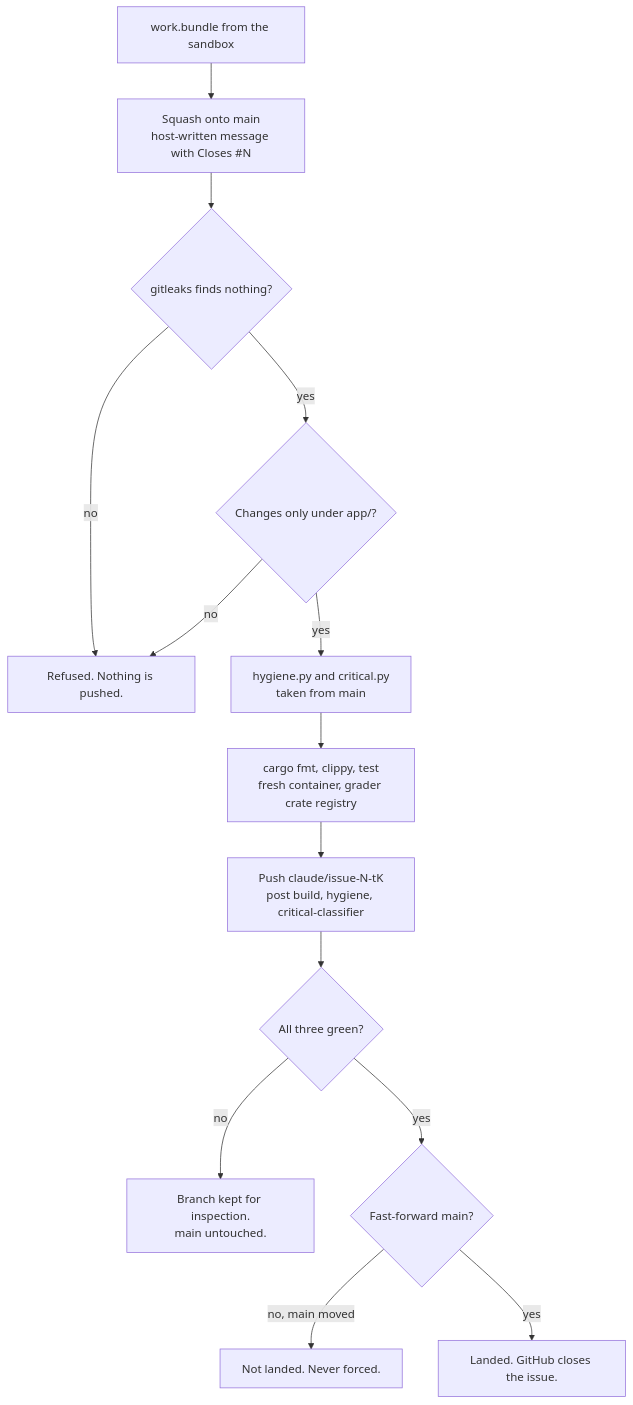
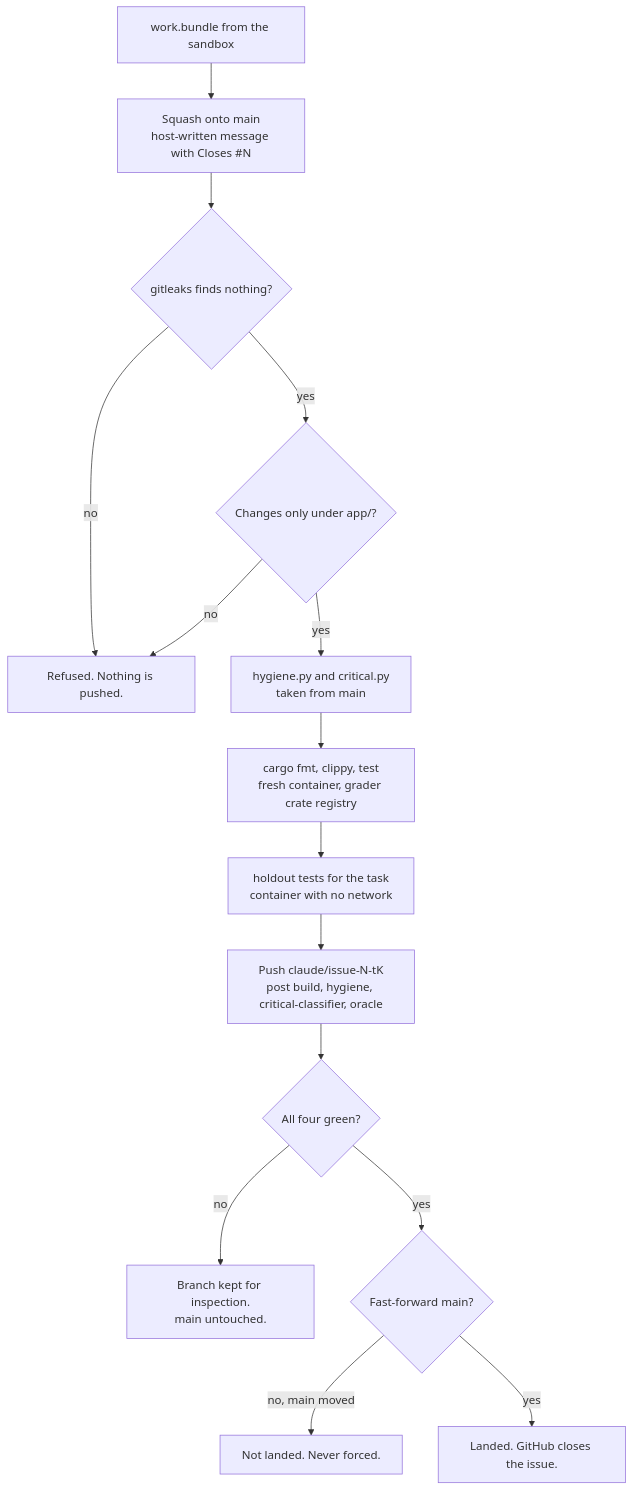
One commit to rhprasad0/factory-scoreboard changed the second of 4 diagrams in ARCHITECTURE.md. Above: the diagram before and after it, drawn with Mermaid. The commit also changed other lines of this file and 9 other files, not shown here.

First line of the commit message:
Make the holdout oracle a landing gate

````diff
--- a/ARCHITECTURE.md
+++ b/ARCHITECTURE.md
@@ -62,16 +63,17 @@
 ```mermaid
 flowchart TD
     B["work.bundle from the sandbox"] --> S["Squash onto main<br/>host-written message with Closes #N"]
     S --> L0{"gitleaks finds nothing?"}
     L0 -- no --> X["Refused. Nothing is pushed."]
     L0 -- yes --> R{"Changes only under app/?"}
     R -- no --> X
     R -- yes --> G["hygiene.py and critical.py<br/>taken from main"]
     G --> C["cargo fmt, clippy, test<br/>fresh container, grader crate registry"]
-    C --> P["Push claude/issue-N-tK<br/>post build, hygiene, critical-classifier"]
-    P --> Q{"All three green?"}
+    C --> O["holdout tests for the task<br/>container with no network"]
+    O --> P["Push claude/issue-N-tK<br/>post build, hygiene, critical-classifier, oracle"]
+    P --> Q{"All four green?"}
     Q -- no --> K["Branch kept for inspection.<br/>main untouched."]
     Q -- yes --> M{"Fast-forward main?"}
     M -- "no, main moved" --> N["Not landed. Never forced."]
     M -- yes --> L["Landed. GitHub closes the issue."]
 ```
````
